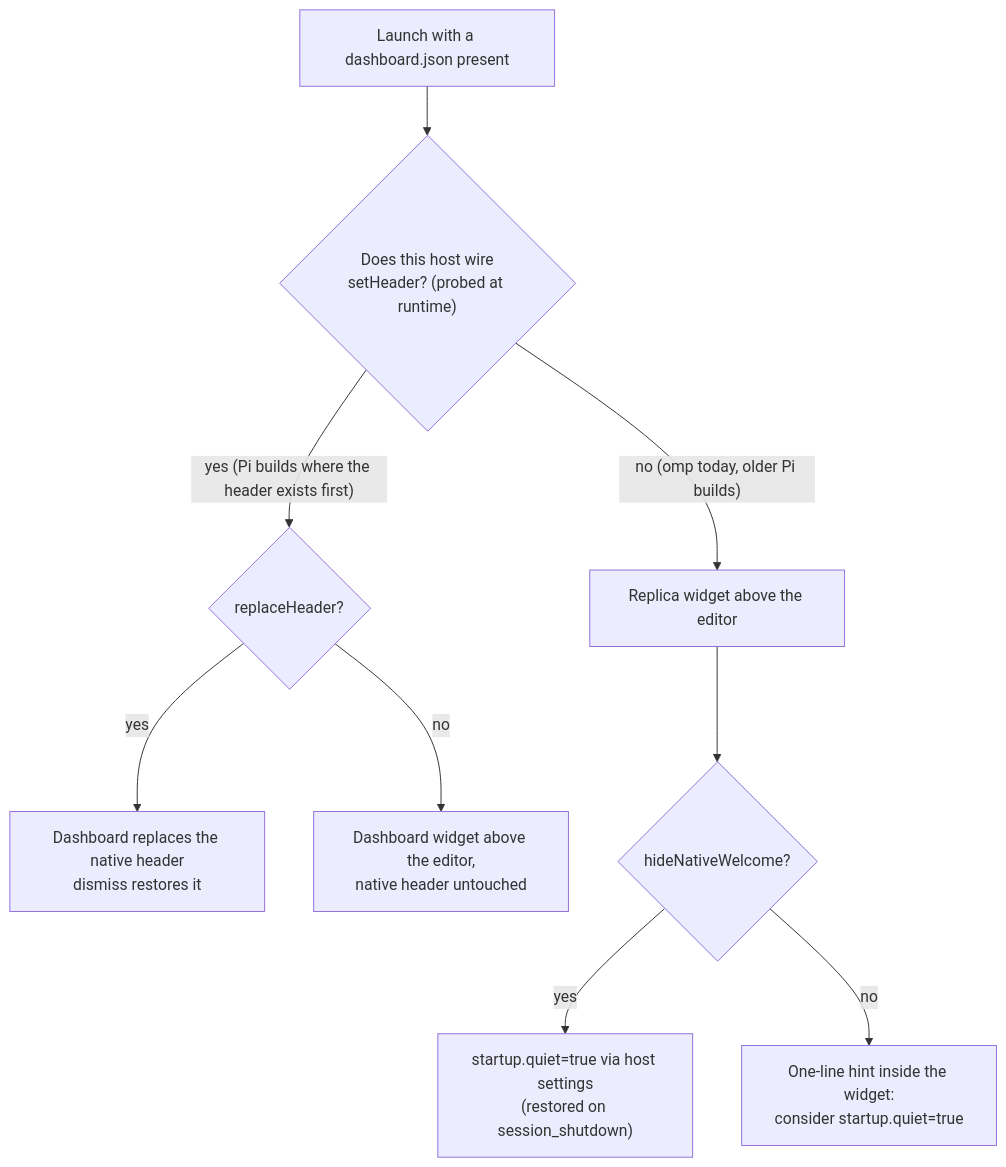
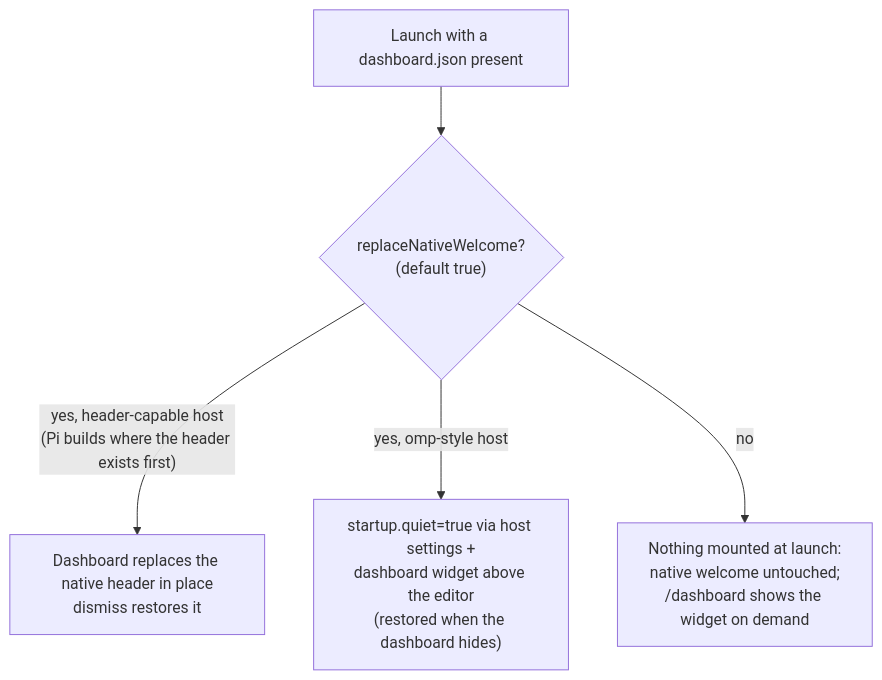
One commit to zhulinchng/omp-startup changed the second of 2 diagrams in docs/USAGE.md. Above: the diagram before and after it, drawn with Mermaid. The commit also changed other lines of this file and 9 other files, not shown here.

First line of the commit message:
Replace replaceHeader/hideNativeWelcome with default-true replaceNativeWelcome

````diff
--- a/docs/USAGE.md
+++ b/docs/USAGE.md
@@ -150,11 +149,7 @@
 ```mermaid
 flowchart TD
-    S["Launch with a dashboard.json present"] --> Q{"Does this host wire<br/>setHeader? (probed at runtime)"}
-    Q -- "yes (Pi builds where the header exists first)" --> R{"replaceHeader?"}
-    R -- yes --> T["Dashboard replaces the native header<br/>dismiss restores it"]
-    R -- no --> W["Dashboard widget above the editor,<br/>native header untouched"]
-    Q -- "no (omp today, older Pi builds)" --> W2["Replica widget above the editor"]
-    W2 --> K{"hideNativeWelcome?"}
-    K -- "yes" --> J["startup.quiet=true via host settings<br/>(restored on session_shutdown)"]
-    K -- "no" --> H["One-line hint inside the widget:<br/>consider startup.quiet=true"]
+    S["Launch with a dashboard.json present"] --> R{"replaceNativeWelcome?<br/>(default true)"}
+    R -- "yes, header-capable host<br/>(Pi builds where the header exists first)" --> T["Dashboard replaces the native header in place<br/>dismiss restores it"]
+    R -- "yes, omp-style host" --> J["startup.quiet=true via host settings +<br/>dashboard widget above the editor<br/>(restored when the dashboard hides)"]
+    R -- no --> M["Nothing mounted at launch:<br/>native welcome untouched;<br/>/dashboard shows the widget on demand"]
 ```
````
